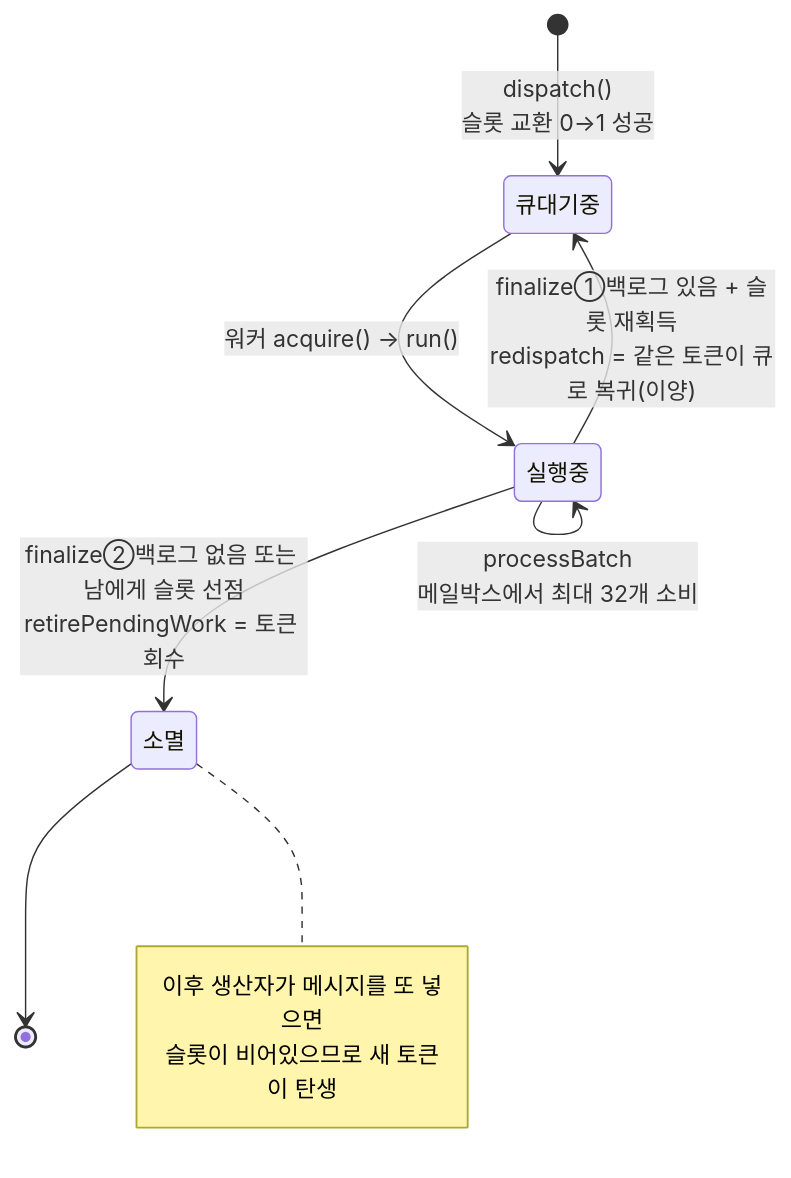
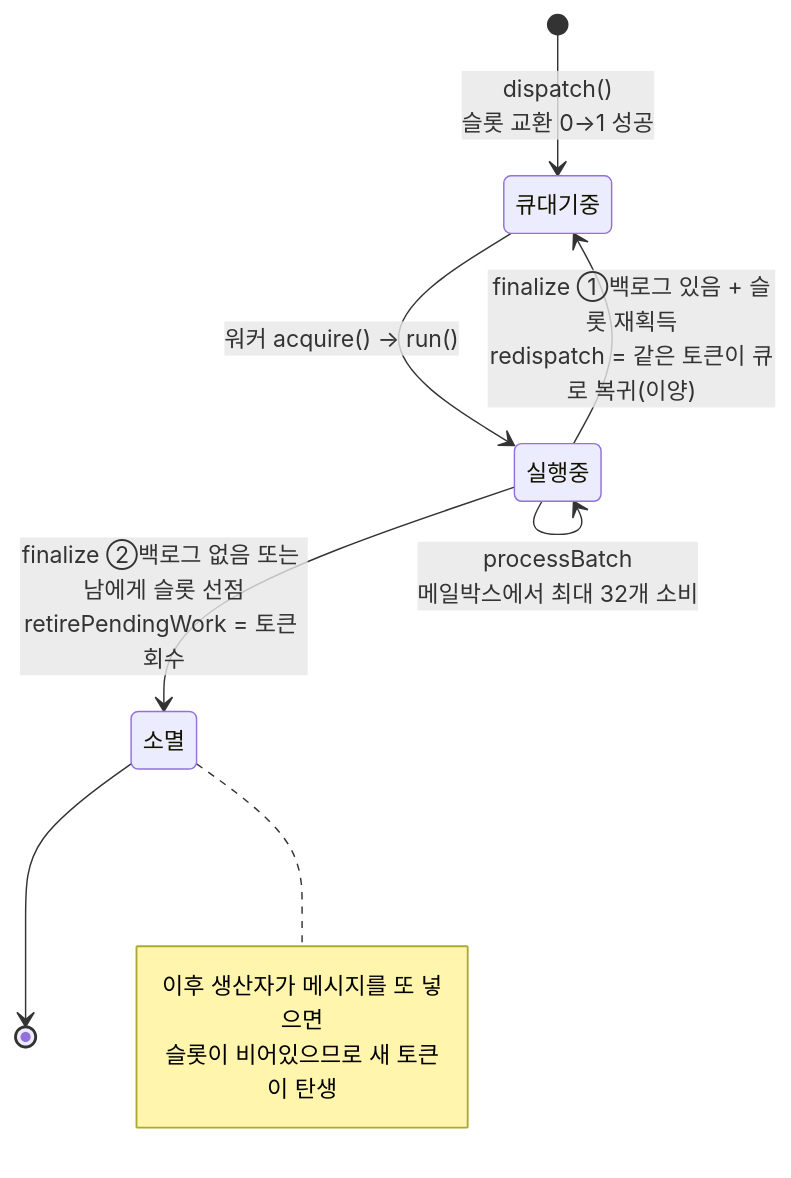
Before and after one commit to shoenkh15324/V2-Engine: the first of 3 diagrams in docs/architecture/concepts/work_dispatch.md, drawn with Mermaid. The commit also changed other lines of this file and 12 other files, not shown here.

First line of the commit message:
docs(architecture): unify doc style and polish terminology

````diff
--- a/docs/architecture/concepts/work_dispatch.md
+++ b/docs/architecture/concepts/work_dispatch.md
@@ -86,16 +86,16 @@
 ```mermaid
 stateDiagram-v2
     [*] --> 큐대기중 : dispatch()<br/>슬롯 교환 0→1 성공
     큐대기중 --> 실행중 : 워커 acquire() → run()
 
     실행중 --> 실행중 : processBatch<br/>메일박스에서 최대 32개 소비
 
-    실행중 --> 큐대기중 : finalize①백로그 있음 + 슬롯 재획득<br/>redispatch = 같은 토큰이 큐로 복귀(이양)
-    실행중 --> 소멸 : finalize②백로그 없음 또는 남에게 슬롯 선점<br/>retirePendingWork = 토큰 회수
+    실행중 --> 큐대기중 : finalize ①백로그 있음 + 슬롯 재획득<br/>redispatch = 같은 토큰이 큐로 복귀(이양)
+    실행중 --> 소멸 : finalize ②백로그 없음 또는 남에게 슬롯 선점<br/>retirePendingWork = 토큰 회수
 
     소멸 --> [*]
     note right of 소멸
       이후 생산자가 메시지를 또 넣으면
       슬롯이 비어있으므로 새 토큰이 탄생
     end note
 ```
````
